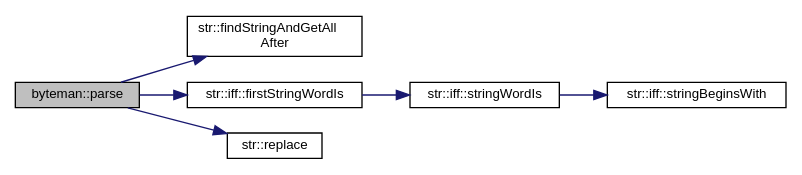
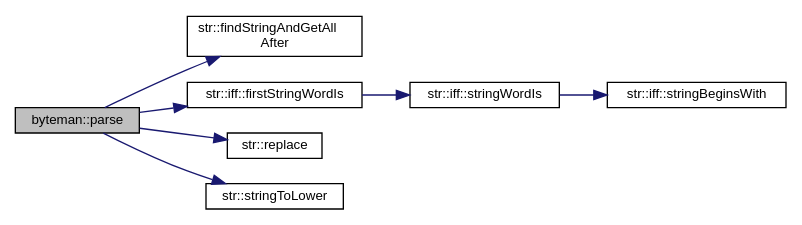
One commit to FPGA-Research-Manchester/byteman changed the diagram in classbyteman_a0ce0e992678e3f8b51cc5e01cea14ddb_cgraph.dot. Above: the diagram before and after it, drawn with Graphviz. The commit also changed 333 other files, not shown here.

```diff
--- a/classbyteman_a0ce0e992678e3f8b51cc5e01cea14ddb_cgraph.dot
+++ b/classbyteman_a0ce0e992678e3f8b51cc5e01cea14ddb_cgraph.dot
@@ -1,19 +1,21 @@
 digraph "byteman::parse"
 {
  // INTERACTIVE_SVG=YES
  // LATEX_PDF_SIZE
   edge [fontname="Helvetica",fontsize="10",labelfontname="Helvetica",labelfontsize="10"];
   node [fontname="Helvetica",fontsize="10",shape=record];
   rankdir="LR";
   Node1 [label="byteman::parse",height=0.2,width=0.4,color="black", fillcolor="grey75", style="filled", fontcolor="black",tooltip=" "];
   Node1 -> Node2 [color="midnightblue",fontsize="10",style="solid",fontname="Helvetica"];
   Node2 [label="str::findStringAndGetAll\lAfter",height=0.2,width=0.4,color="black", fillcolor="white", style="filled",URL="$namespacestr.html#a664d127caf0e35994e01d38d9c0fc16c",tooltip="Finds string searchString inside checkedString and returns all to the right inside checkedString...."];
   Node1 -> Node3 [color="midnightblue",fontsize="10",style="solid",fontname="Helvetica"];
   Node3 [label="str::iff::firstStringWordIs",height=0.2,width=0.4,color="black", fillcolor="white", style="filled",URL="$namespacestr_1_1iff.html#a06c9e283ff14a39e32af47c1b1ca699b",tooltip="Returns true if string checkedString's first word matches fully any of strings nextString or restStri..."];
   Node3 -> Node4 [color="midnightblue",fontsize="10",style="solid",fontname="Helvetica"];
   Node4 [label="str::iff::stringWordIs",height=0.2,width=0.4,color="black", fillcolor="white", style="filled",URL="$namespacestr_1_1iff.html#ab3d5fdd04adcc9952bcf512260c06d8f",tooltip="Returns true if string checkedString matches fully any of strings nextString or restStrings."];
   Node4 -> Node5 [color="midnightblue",fontsize="10",style="solid",fontname="Helvetica"];
   Node5 [label="str::iff::stringBeginsWith",height=0.2,width=0.4,color="black", fillcolor="white", style="filled",URL="$namespacestr_1_1iff.html#a6d3613fc3d6e8d86b3041d6d225aa6b6",tooltip="Returns true if string checkedString's first characters match fully any of strings nextString or rest..."];
   Node1 -> Node6 [color="midnightblue",fontsize="10",style="solid",fontname="Helvetica"];
   Node6 [label="str::replace",height=0.2,width=0.4,color="black", fillcolor="white", style="filled",URL="$namespacestr.html#ac23568893d7dd0123ecfc9105c9f3a69",tooltip="Replaces all instances of oldChar in string str with newChar and returns the resulting string."];
+  Node1 -> Node7 [color="midnightblue",fontsize="10",style="solid",fontname="Helvetica"];
+  Node7 [label="str::stringToLower",height=0.2,width=0.4,color="black", fillcolor="white", style="filled",URL="$namespacestr.html#a105c2a28a97e18e146cd18c000d2ecf5",tooltip="Replaces all uppercase characters in str with lowercase and returns the resulting string."];
 }
```
